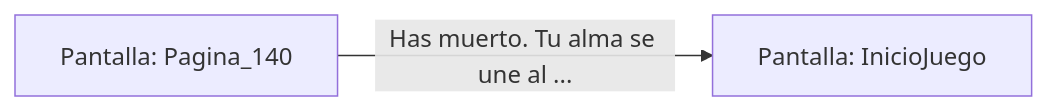
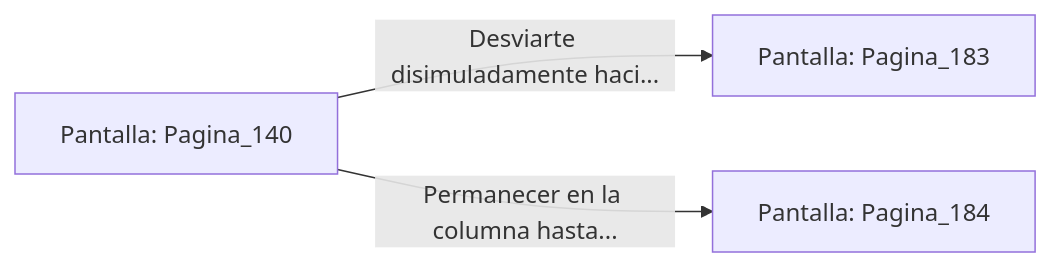
The diagram in sample/eligejuego-vault/Pantalla_Pagina_140.md (metsuke/mpl), drawn with Mermaid before and after one commit. The commit also changed other lines of this file and 635 other files, not shown here.

First line of the commit message:
fix: añadir Pagina_1 como pantalla inicial en capitulo_01.mpl

````diff
--- a/sample/eligejuego-vault/Pantalla_Pagina_140.md
+++ b/sample/eligejuego-vault/Pantalla_Pagina_140.md
@@ -17,5 +22,6 @@
 ```mermaid
 graph LR
     P_Pagina_140["Pantalla: Pagina_140"]
-    P_Pagina_140 -->|"Has muerto. Tu alma se une al ..."| P_InicioJuego["Pantalla: InicioJuego"]
+    P_Pagina_140 -->|"Desviarte disimuladamente haci..."| P_Pagina_183["Pantalla: Pagina_183"]
+    P_Pagina_140 -->|"Permanecer en la columna hasta..."| P_Pagina_184["Pantalla: Pagina_184"]
 ```
````
